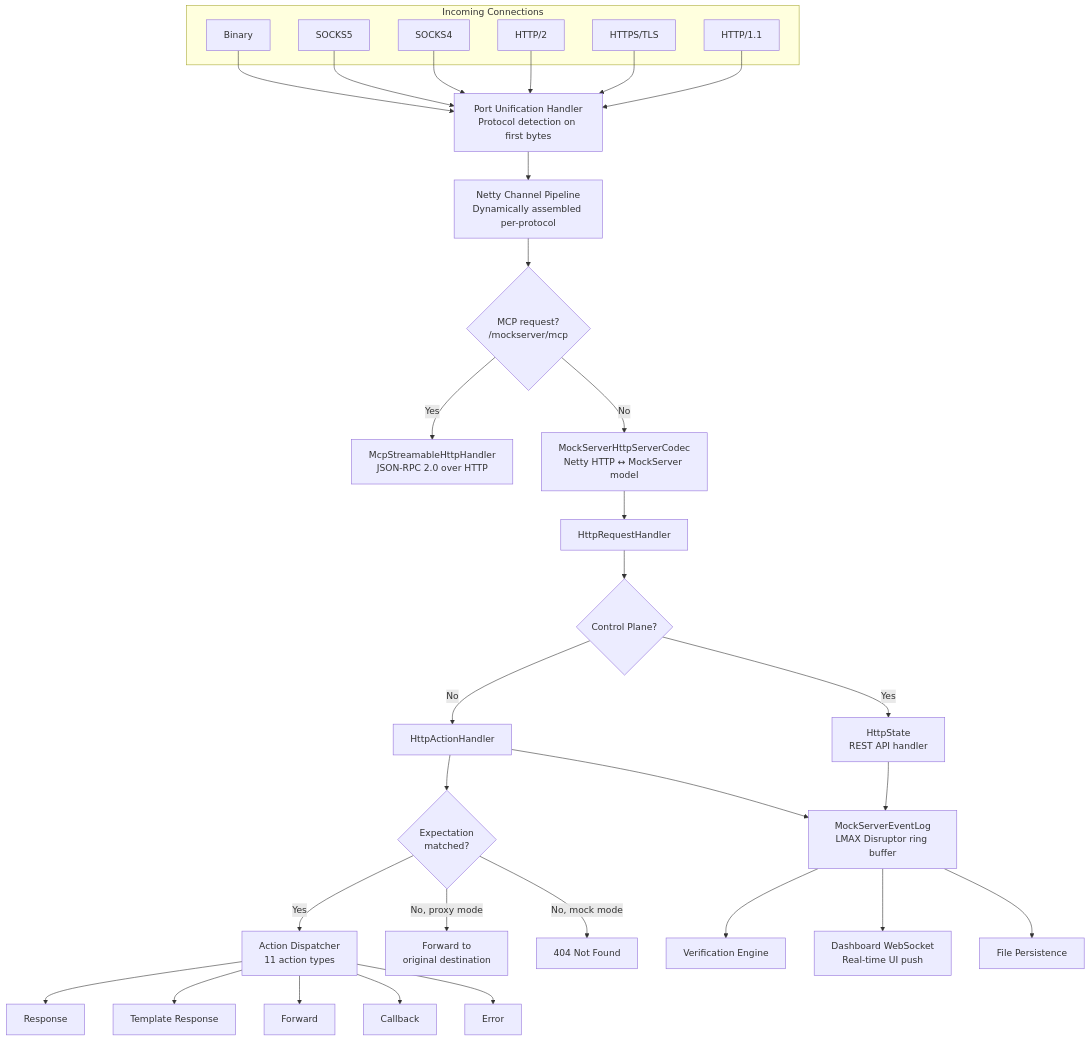
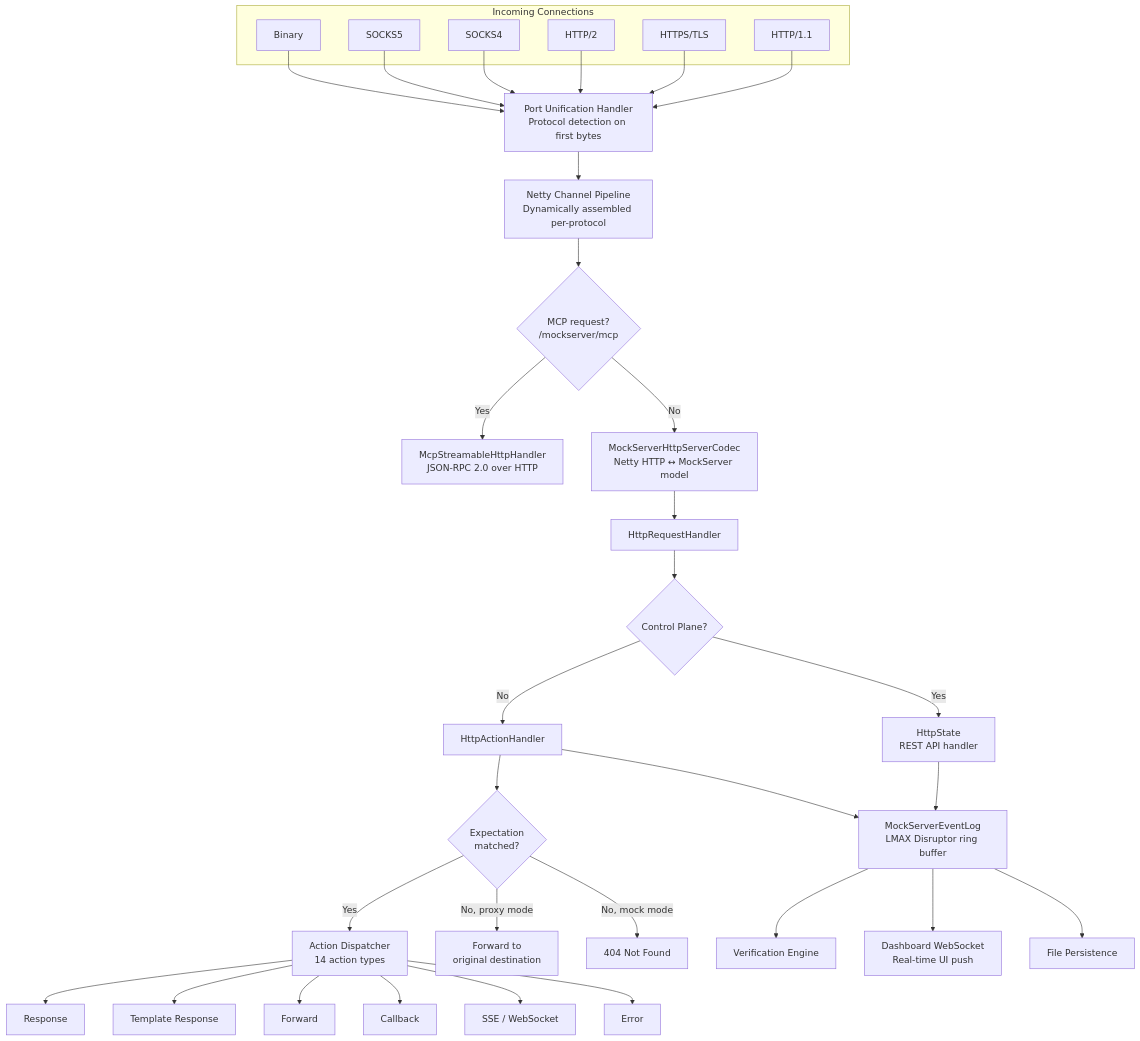
Before and after one commit to mock-server/mockserver: the first of 2 diagrams in docs/code/overview.md, drawn with Mermaid. The commit also changed other lines of this file and 31 other files, not shown here.

````diff
--- a/docs/code/overview.md
+++ b/docs/code/overview.md
@@ -55,57 +55,58 @@
 ```mermaid
 graph TB
     subgraph "Incoming Connections"
         HTTP[HTTP/1.1]
         HTTPS[HTTPS/TLS]
         H2[HTTP/2]
         S4[SOCKS4]
         S5[SOCKS5]
         BIN[Binary]
     end
 
     PU["Port Unification Handler
 Protocol detection on first bytes"]
 
     HTTP --> PU
     HTTPS --> PU
     H2 --> PU
     S4 --> PU
     S5 --> PU
     BIN --> PU
 
     PU --> PIPELINE["Netty Channel Pipeline
 Dynamically assembled per-protocol"]
 
     PIPELINE --> MCP_CHK{"MCP request?\n/mockserver/mcp"}
     MCP_CHK -->|Yes| MCP_HANDLER["McpStreamableHttpHandler\nJSON-RPC 2.0 over HTTP"]
     MCP_CHK -->|No| CODEC["MockServerHttpServerCodec\nNetty HTTP ↔ MockServer model"]
     CODEC --> HANDLER[HttpRequestHandler]
 
     HANDLER --> CP{Control Plane?}
     CP -->|Yes| STATE["HttpState
 REST API handler"]
     CP -->|No| ACTION[HttpActionHandler]
 
     ACTION --> MATCH{"Expectation
 matched?"}
     MATCH -->|Yes| DISPATCH["Action Dispatcher
-11 action types"]
+14 action types"]
     MATCH -->|No, proxy mode| FWD["Forward to
 original destination"]
     MATCH -->|No, mock mode| NF[404 Not Found]
 
     DISPATCH --> RESP[Response]
     DISPATCH --> TEMPLATE[Template Response]
     DISPATCH --> FORWARD[Forward]
     DISPATCH --> CALLBACK[Callback]
+    DISPATCH --> SSE[SSE / WebSocket]
     DISPATCH --> ERROR[Error]
 
     STATE --> LOG["MockServerEventLog
 LMAX Disruptor ring buffer"]
     ACTION --> LOG
 
     LOG --> VERIFY[Verification Engine]
     LOG --> DASH["Dashboard WebSocket
 Real-time UI push"]
     LOG --> PERSIST[File Persistence]
 ```
````
